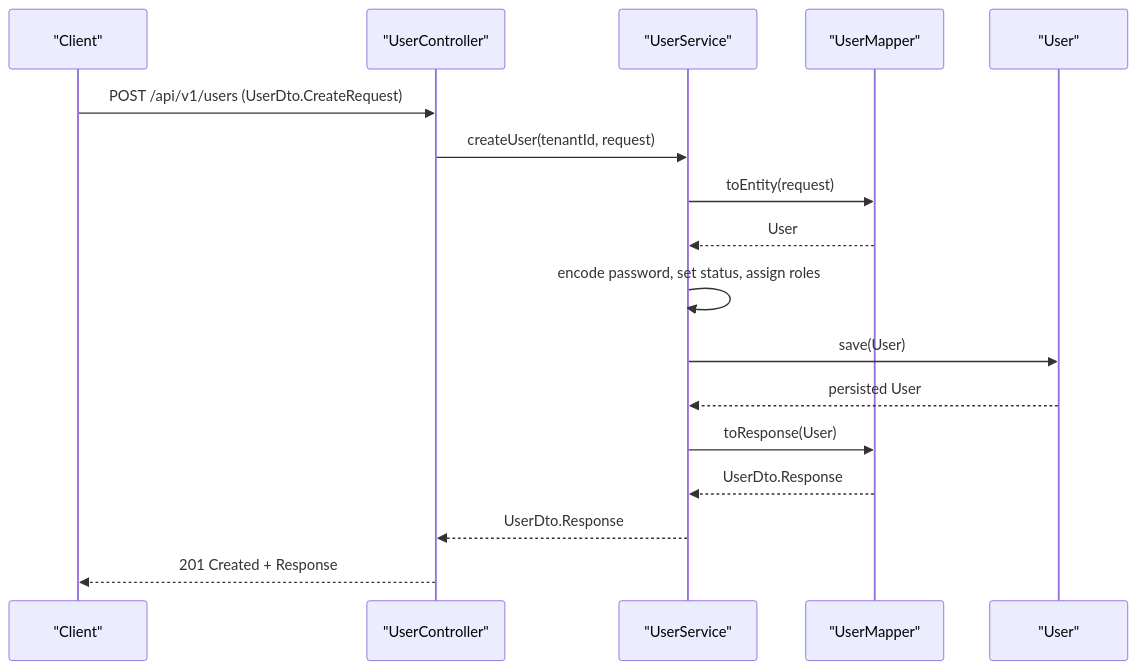
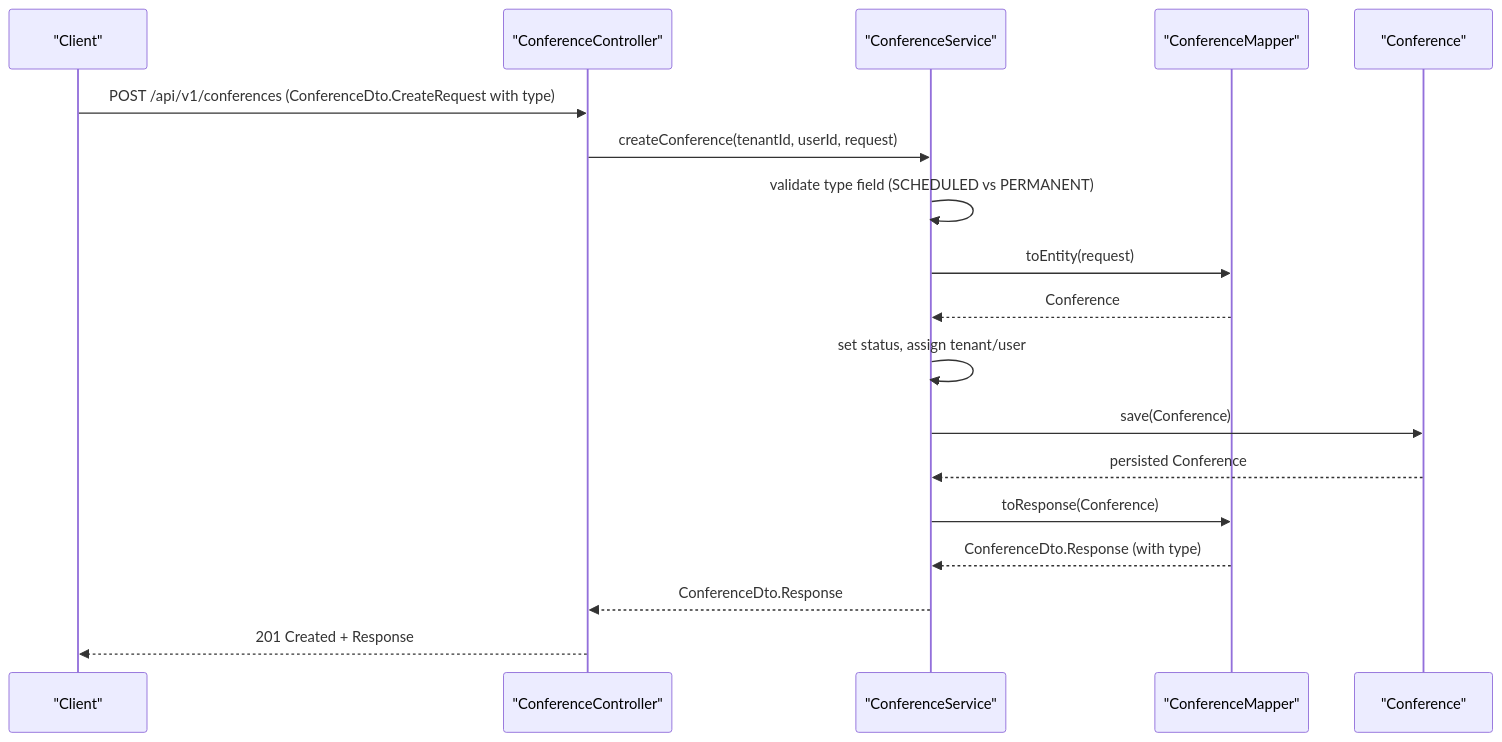
One commit to Vostrikov2014/vks-qoder changed the second of 7 diagrams in .qoder/repowiki/en/content/Backend Modules/Application Layer/DTO Patterns and Data Transfer.md. Above: the diagram before and after it, drawn with Mermaid. The commit also changed other lines of this file and 12 other files, not shown here.

````diff
--- a/.qoder/repowiki/en/content/Backend Modules/Application Layer/DTO Patterns and Data Transfer.md
+++ b/.qoder/repowiki/en/content/Backend Modules/Application Layer/DTO Patterns and Data Transfer.md
@@ -110,19 +122,20 @@
 ```mermaid
 sequenceDiagram
 participant Client as "Client"
-participant Controller as "UserController"
-participant Service as "UserService"
-participant Mapper as "UserMapper"
-participant Entity as "User"
-Client->>Controller : POST /api/v1/users (UserDto.CreateRequest)
-Controller->>Service : createUser(tenantId, request)
+participant Controller as "ConferenceController"
+participant Service as "ConferenceService"
+participant Mapper as "ConferenceMapper"
+participant Entity as "Conference"
+Client->>Controller : POST /api/v1/conferences (ConferenceDto.CreateRequest with type)
+Controller->>Service : createConference(tenantId, userId, request)
+Service->>Service : validate type field (SCHEDULED vs PERMANENT)
 Service->>Mapper : toEntity(request)
-Mapper-->>Service : User
-Service->>Service : encode password, set status, assign roles
-Service->>Entity : save(User)
-Entity-->>Service : persisted User
-Service->>Mapper : toResponse(User)
-Mapper-->>Service : UserDto.Response
-Service-->>Controller : UserDto.Response
+Mapper-->>Service : Conference
+Service->>Service : set status, assign tenant/user
+Service->>Entity : save(Conference)
+Entity-->>Service : persisted Conference
+Service->>Mapper : toResponse(Conference)
+Mapper-->>Service : ConferenceDto.Response (with type)
+Service-->>Controller : ConferenceDto.Response
 Controller-->>Client : 201 Created + Response
 ```
````
